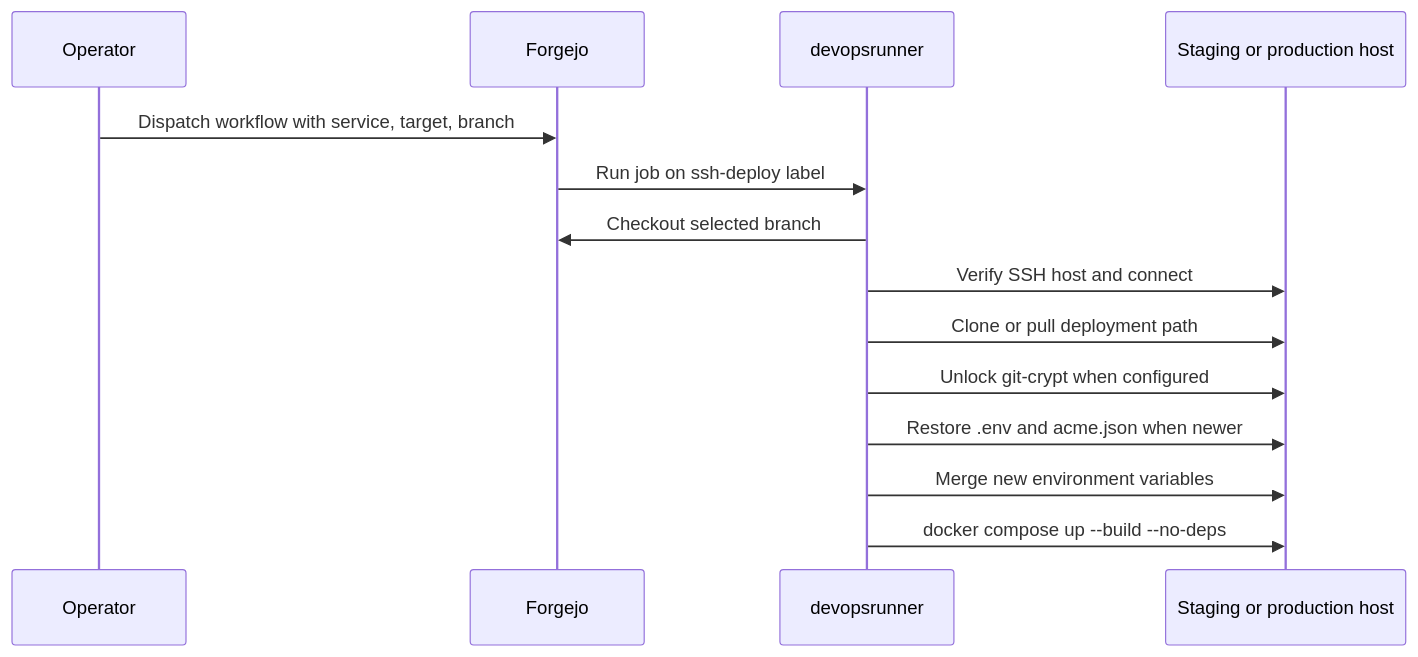
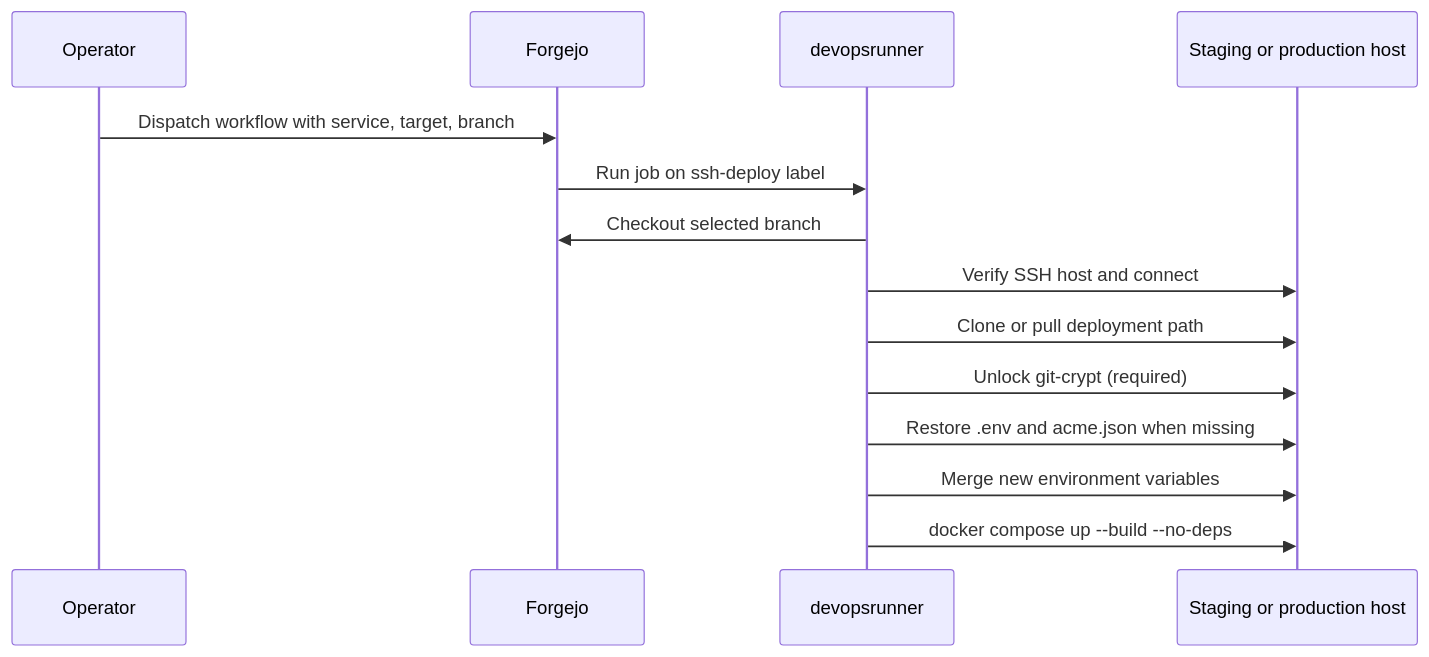
Before and after one commit to yongxinL/servicehub: the third of 7 diagrams in docs/architecture/DATA-FLOW.md, drawn with Mermaid. The commit also changed other lines of this file and 3 other files, not shown here.

First line of the commit message:
feat(workflows)!: harden deploy and backup with allowlist, required git-crypt, and bootstrap-only secret restore

````diff
--- a/docs/architecture/DATA-FLOW.md
+++ b/docs/architecture/DATA-FLOW.md
@@ -78,16 +78,16 @@
 ```mermaid
 sequenceDiagram
     participant O as Operator
     participant F as Forgejo
     participant R as devopsrunner
     participant H as Staging or production host
     O->>F: Dispatch workflow with service, target, branch
     F->>R: Run job on ssh-deploy label
     R->>F: Checkout selected branch
     R->>H: Verify SSH host and connect
     R->>H: Clone or pull deployment path
-    R->>H: Unlock git-crypt when configured
-    R->>H: Restore .env and acme.json when newer
+    R->>H: Unlock git-crypt (required)
+    R->>H: Restore .env and acme.json when missing
     R->>H: Merge new environment variables
     R->>H: docker compose up --build --no-deps
 ```
````
